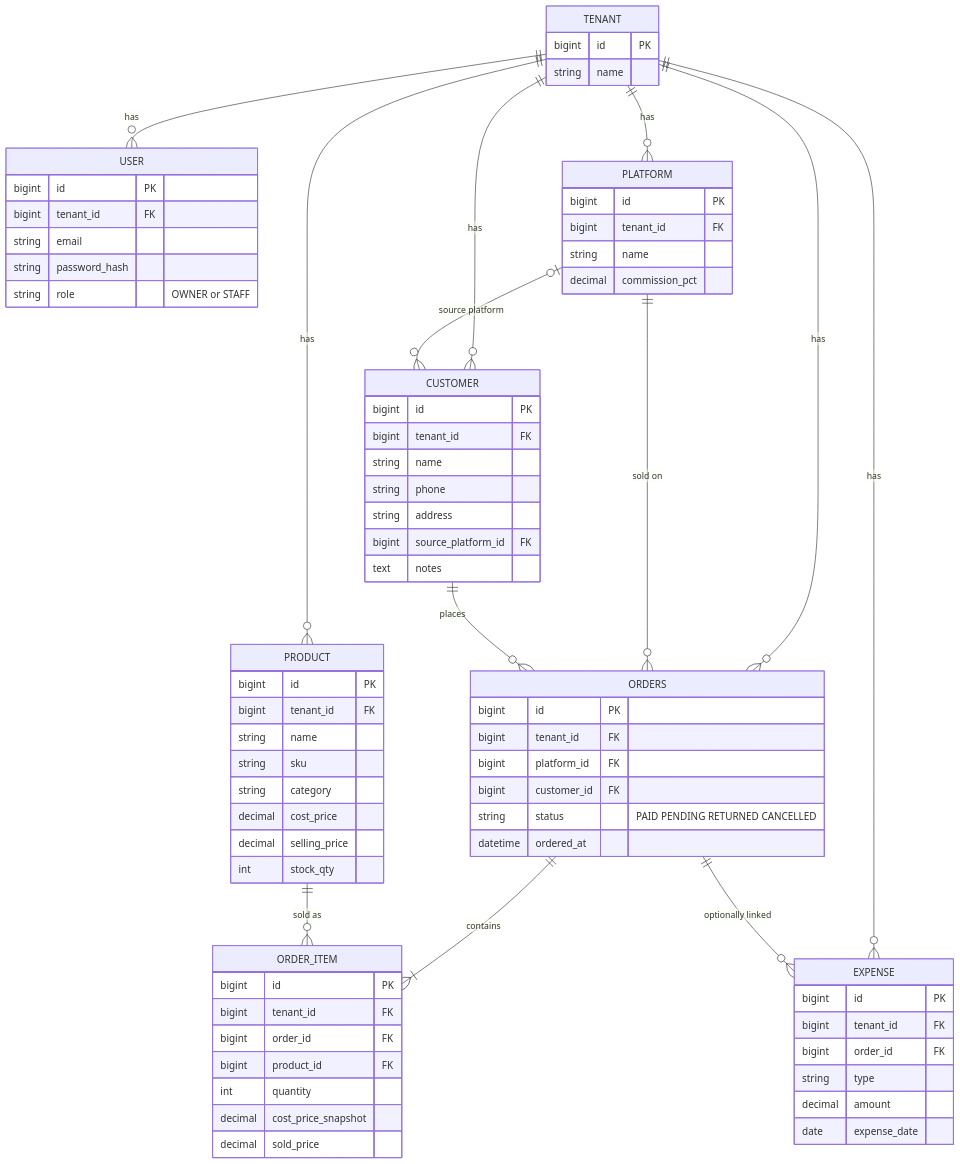
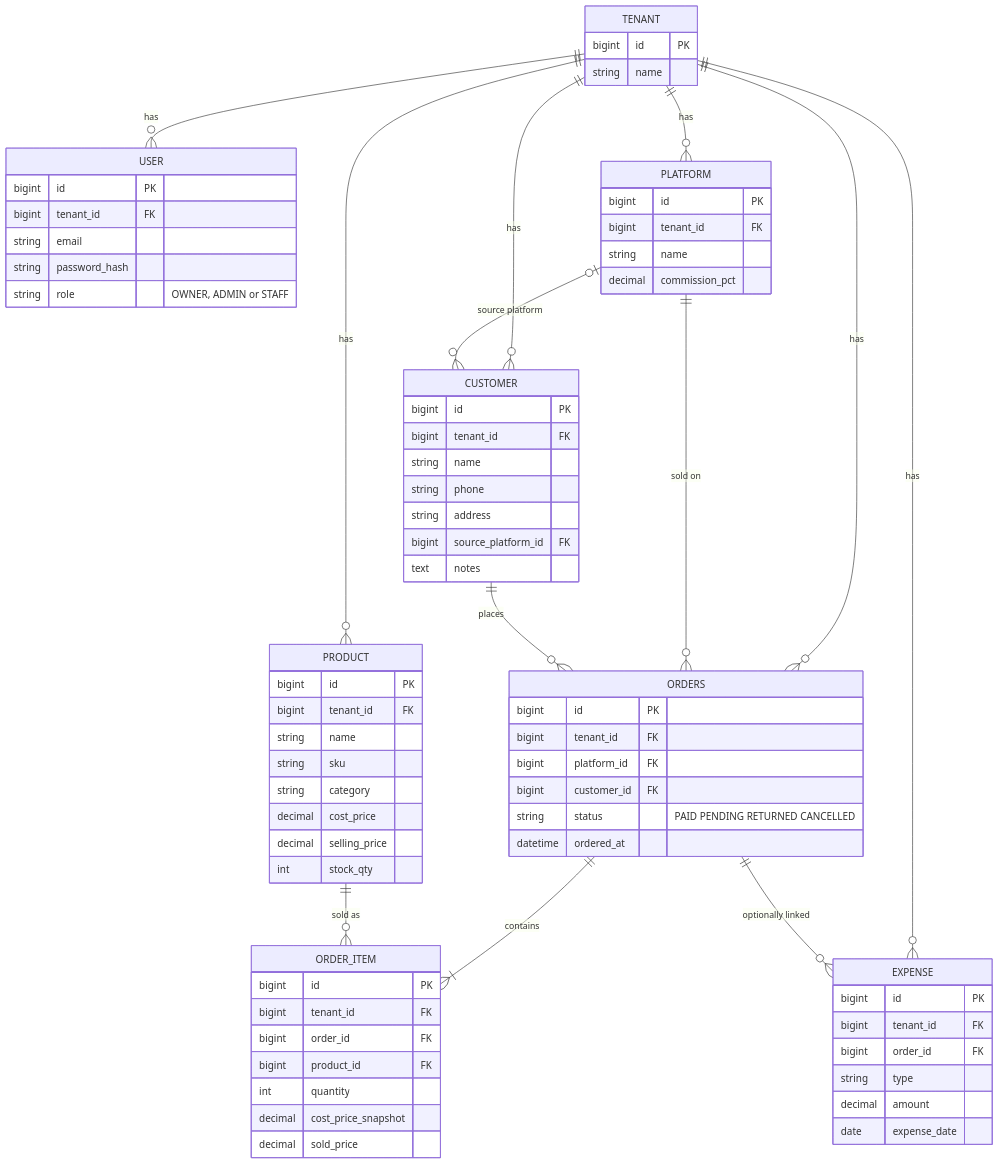
The diagram in docs/er-diagram.md (mehedipriam/Sales-Profit-Tracker-Project), drawn with Mermaid before and after one commit. The commit also changed 26 other files, not shown here.

Commit message:
Team roles: pick Owner, Admin or Staff when adding or editing a member; Admin sees the money and manages Staff but not the business settings or Owner/Admin accounts; role changes apply immediately

````diff
--- a/docs/er-diagram.md
+++ b/docs/er-diagram.md
@@ -5,61 +5,61 @@
 ```mermaid
 erDiagram
     TENANT ||--o{ USER : has
     TENANT ||--o{ PLATFORM : has
     TENANT ||--o{ PRODUCT : has
     TENANT ||--o{ CUSTOMER : has
     TENANT ||--o{ ORDERS : has
     TENANT ||--o{ EXPENSE : has
     PLATFORM ||--o{ ORDERS : "sold on"
     CUSTOMER ||--o{ ORDERS : places
     ORDERS ||--|{ ORDER_ITEM : contains
     PRODUCT ||--o{ ORDER_ITEM : "sold as"
     ORDERS ||--o{ EXPENSE : "optionally linked"
     PLATFORM |o--o{ CUSTOMER : "source platform"
 
     TENANT { bigint id PK
              string name }
     USER { bigint id PK
            bigint tenant_id FK
            string email
            string password_hash
-           string role "OWNER or STAFF" }
+           string role "OWNER, ADMIN or STAFF" }
     PLATFORM { bigint id PK
                bigint tenant_id FK
                string name
                decimal commission_pct }
     PRODUCT { bigint id PK
               bigint tenant_id FK
               string name
               string sku
               string category
               decimal cost_price
               decimal selling_price
               int stock_qty }
     CUSTOMER { bigint id PK
                bigint tenant_id FK
                string name
                string phone
                string address
                bigint source_platform_id FK
                text notes }
     ORDERS { bigint id PK
              bigint tenant_id FK
              bigint platform_id FK
              bigint customer_id FK
              string status "PAID PENDING RETURNED CANCELLED"
              datetime ordered_at }
     ORDER_ITEM { bigint id PK
                  bigint tenant_id FK
                  bigint order_id FK
                  bigint product_id FK
                  int quantity
                  decimal cost_price_snapshot
                  decimal sold_price }
     EXPENSE { bigint id PK
               bigint tenant_id FK
               bigint order_id FK
               string type
               decimal amount
               date expense_date }
 ```
````
